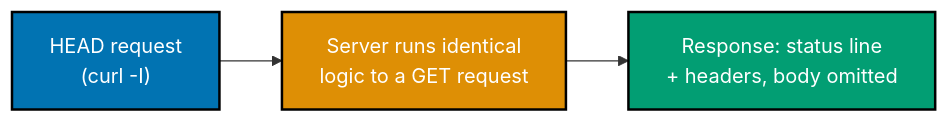
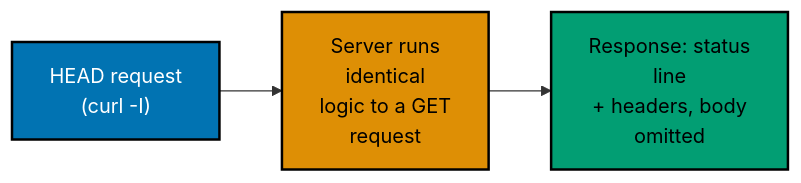
Before and after one commit to wahidyankf/ose-public: the second of 11 diagrams in apps/ayokoding-www/content/en/learn/courses/networking-essentials/learning/beginner.md, drawn with Mermaid. The commit also changed other lines of this file and 145 other files, not shown here.

First line of the commit message:
fix(mermaid): bring the second half of the courses diagrams onto the accessible palette

````diff
--- a/apps/ayokoding-www/content/en/learn/courses/networking-essentials/learning/beginner.md
+++ b/apps/ayokoding-www/content/en/learn/courses/networking-essentials/learning/beginner.md
@@ -124,10 +127,13 @@
 ```mermaid
 %% Color Palette: Blue #0173B2, Orange #DE8F05, Teal #029E73
 graph LR
-    A["HEAD request<br/>(curl -I)"]:::blue --> B["Server runs identical<br/>logic to a GET request"]:::orange
-    B --> C["Response: status line<br/>+ headers, body omitted"]:::teal
+    accTitle: Example 3: curl Headers Only, No Body
+    accDescr: Graph with 3 nodes and 2 connections. Nodes: HEAD request (curl -I), Server runs identical logic to a GET request, Response: status line + headers, body omitted. Connections: HEAD request (curl -I) to Server runs identical logic to a GET request, Server runs identical logic to a GET request to Response: status line + headers, body omitted.
+    A["HEAD request<br/>(curl -I)"]:::blue --> B["Server runs<br/>identical<br/>logic to a GET<br/>request"]:::orange
+    B --> C["Response: status<br/>line<br/>+ headers, body<br/>omitted"]:::teal
 
     classDef blue fill:#0173B2,stroke:#000000,color:#FFFFFF,stroke-width:2px
-    classDef orange fill:#DE8F05,stroke:#000000,color:#FFFFFF,stroke-width:2px
-    classDef teal fill:#029E73,stroke:#000000,color:#FFFFFF,stroke-width:2px
+    classDef orange fill:#DE8F05,stroke:#000000,color:#000000,stroke-width:2px
+    classDef teal fill:#029E73,stroke:#000000,color:#000000,stroke-width:2px
+    classDef default fill:#FFFFFF,stroke:#000000,color:#000000
 ```
````
